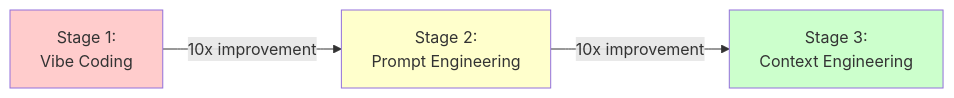
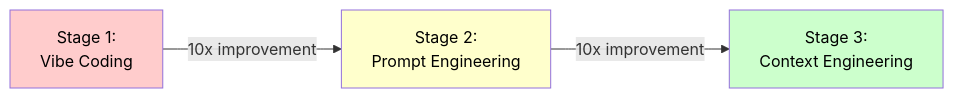
One commit to bprzybys-nc/ctx-eng-plus changed the first of 8 diagrams in docs/02-context-engineering-foundations.md. Above: the diagram before and after it, drawn with Mermaid. The commit also changed other lines of this file and 8 other files, not shown here.

````diff
--- a/docs/02-context-engineering-foundations.md
+++ b/docs/02-context-engineering-foundations.md
@@ -36,9 +36,9 @@
 ```mermaid
 graph LR
     A["Stage 1:<br/>Vibe Coding"] -->|10x improvement| B["Stage 2:<br/>Prompt Engineering"]
     B -->|10x improvement| C["Stage 3:<br/>Context Engineering"]
 
-    style A fill:#ffcccc
-    style B fill:#ffffcc
-    style C fill:#ccffcc
+    style A fill:#ffcccc,color:#000
+    style B fill:#ffffcc,color:#000
+    style C fill:#ccffcc,color:#000
 ```
````
